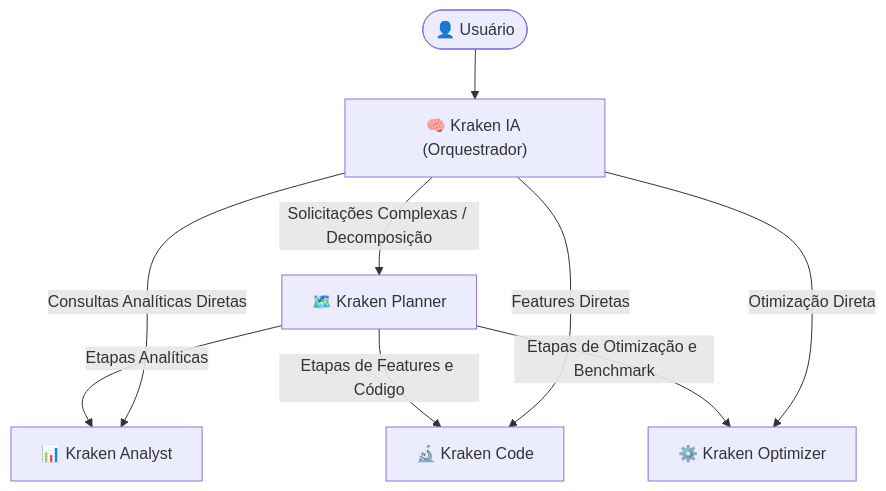
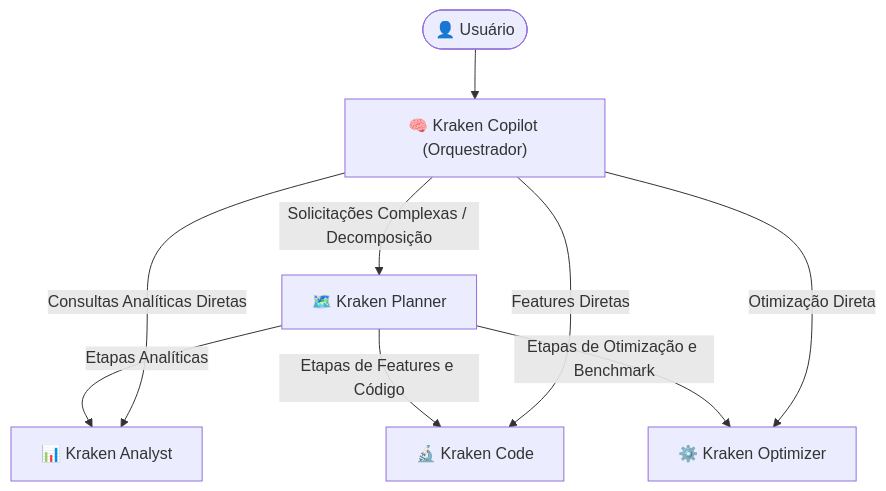
One commit to mathsantoss/agent_optimizer changed the diagram in README.md. Above: the diagram before and after it, drawn with Mermaid. The commit also changed other lines of this file and 109 other files, not shown here.

Commit message:
refactor: rename agent to kraken copilot and add guide documentation

````diff
--- a/README.md
+++ b/README.md
@@ -13,11 +13,11 @@
 ```mermaid
 flowchart TB
-    U(["👤 Usuário"]) --> O["🧠 Kraken IA (Orquestrador)"]
+    U(["👤 Usuário"]) --> O["🧠 Kraken Copilot (Orquestrador)"]
     O -->|Solicitações Complexas / Decomposição| P["🗺️ Kraken Planner"]
     P -->|Etapas Analíticas| A["📊 Kraken Analyst"]
     P -->|Etapas de Features e Código| F["🔬 Kraken Code"]
     P -->|Etapas de Otimização e Benchmark| C["⚙️ Kraken Optimizer"]
     O -->|Consultas Analíticas Diretas| A
     O -->|Features Diretas| F
     O -->|Otimização Direta| C
 ```
````
